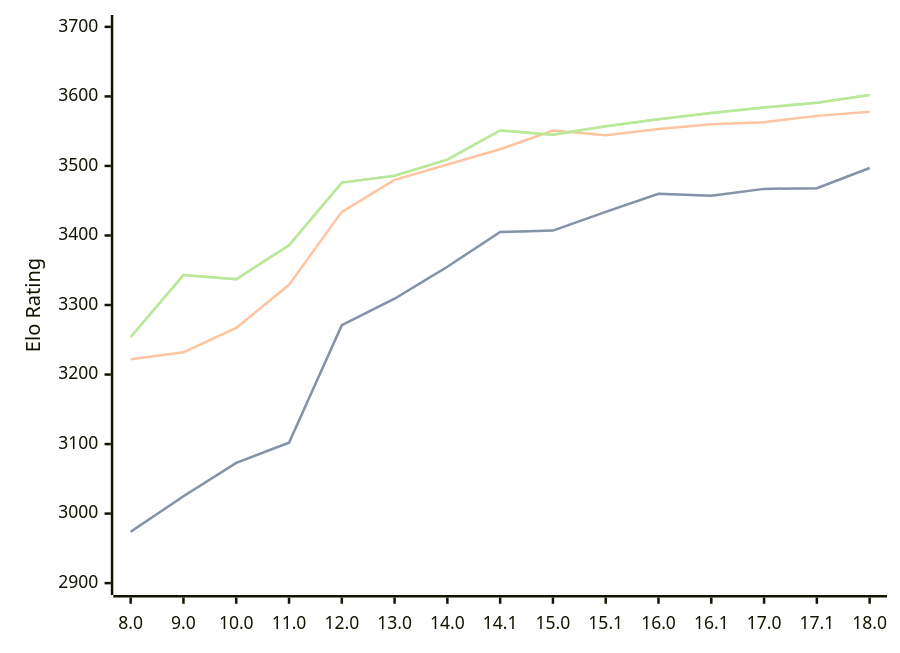
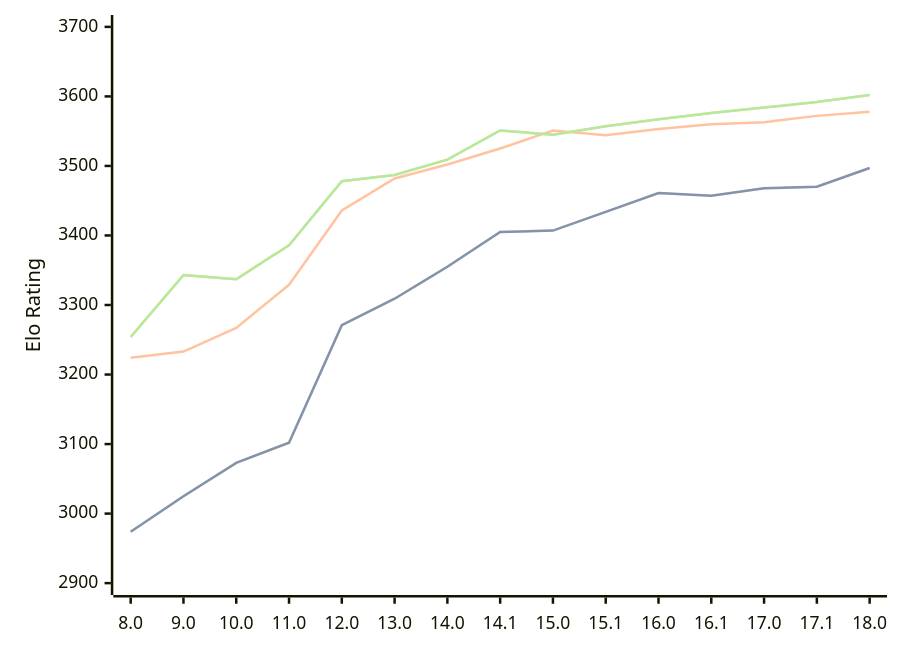
The third of 3 diagrams in engines/Stockfish.md (computer-chess-index/cci), drawn with Mermaid before and after one commit. The commit also changed other lines of this file, not shown here.

Commit message:
Update CCI Ratings (ELO VLTC) - 2026-07-18

````diff
--- a/engines/Stockfish.md
+++ b/engines/Stockfish.md
@@ -79,11 +79,11 @@
 ```mermaid
 %%{init: {"theme":"base","themeVariables":{"seriesColors:['#a3a3a3','#222221','#faa371']}}}%%
 xychart-beta
   x-axis ["8.0", "9.0", "10.0", "11.0", "12.0", "13.0", "14.0", "14.1", "15.0", "15.1", "16.0", "16.1", "17.0", "17.1", "18.0"]
   y-axis "Elo Rating" 2900 --> 3700
-  line "STC (8.0+0.08s)" [2974, 3025, 3073, 3102, 3271, 3309, 3355, 3405, 3407, 3434, 3460, 3457, 3467, 3468, 3497]
-  line "STC (8.0+0.08s)" [2974, 3025, 3073, 3102, 3271, 3309, 3355, 3405, 3407, 3434, 3460, 3457, 3467, 3468, 3497]
-  line "LTC (60.0+0.60s)" [3222, 3232, 3267, 3329, 3434, 3480, 3502, 3524, 3551, 3544, 3553, 3560, 3563, 3572, 3578]
-  line "VLTC (2m24s+1.12s)" [3254, 3343, 3337, 3386, 3476, 3486, 3509, 3551, 3545, 3557, 3567, 3576, 3584, 3591, 3602]
-  line "VLTC (2m24s+1.12s)" [3254, 3343, 3337, 3386, 3476, 3486, 3509, 3551, 3545, 3557, 3567, 3576, 3584, 3591, 3602]
+  line "STC (8.0+0.08s)" [2974, 3025, 3073, 3102, 3271, 3309, 3355, 3405, 3407, 3434, 3461, 3457, 3468, 3470, 3497]
+  line "STC (8.0+0.08s)" [2974, 3025, 3073, 3102, 3271, 3309, 3355, 3405, 3407, 3434, 3461, 3457, 3468, 3470, 3497]
+  line "LTC (60.0+0.60s)" [3224, 3233, 3267, 3329, 3436, 3482, 3502, 3525, 3551, 3544, 3553, 3560, 3563, 3572, 3578]
+  line "VLTC (2m24s+1.12s)" [3254, 3343, 3337, 3386, 3478, 3487, 3509, 3551, 3545, 3557, 3567, 3576, 3584, 3592, 3602]
+  line "VLTC (2m24s+1.12s)" [3254, 3343, 3337, 3386, 3478, 3487, 3509, 3551, 3545, 3557, 3567, 3576, 3584, 3592, 3602]
 ```
````
